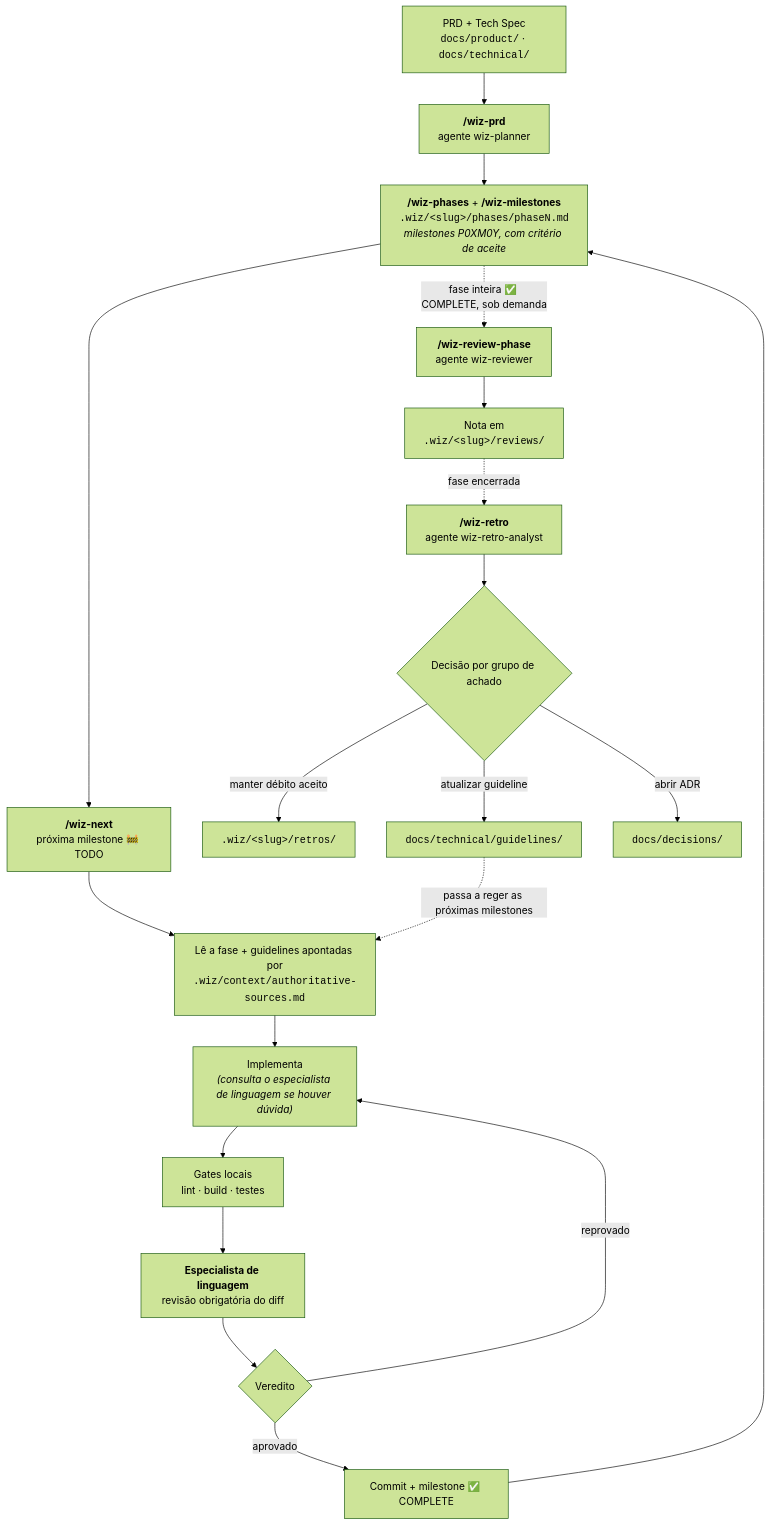
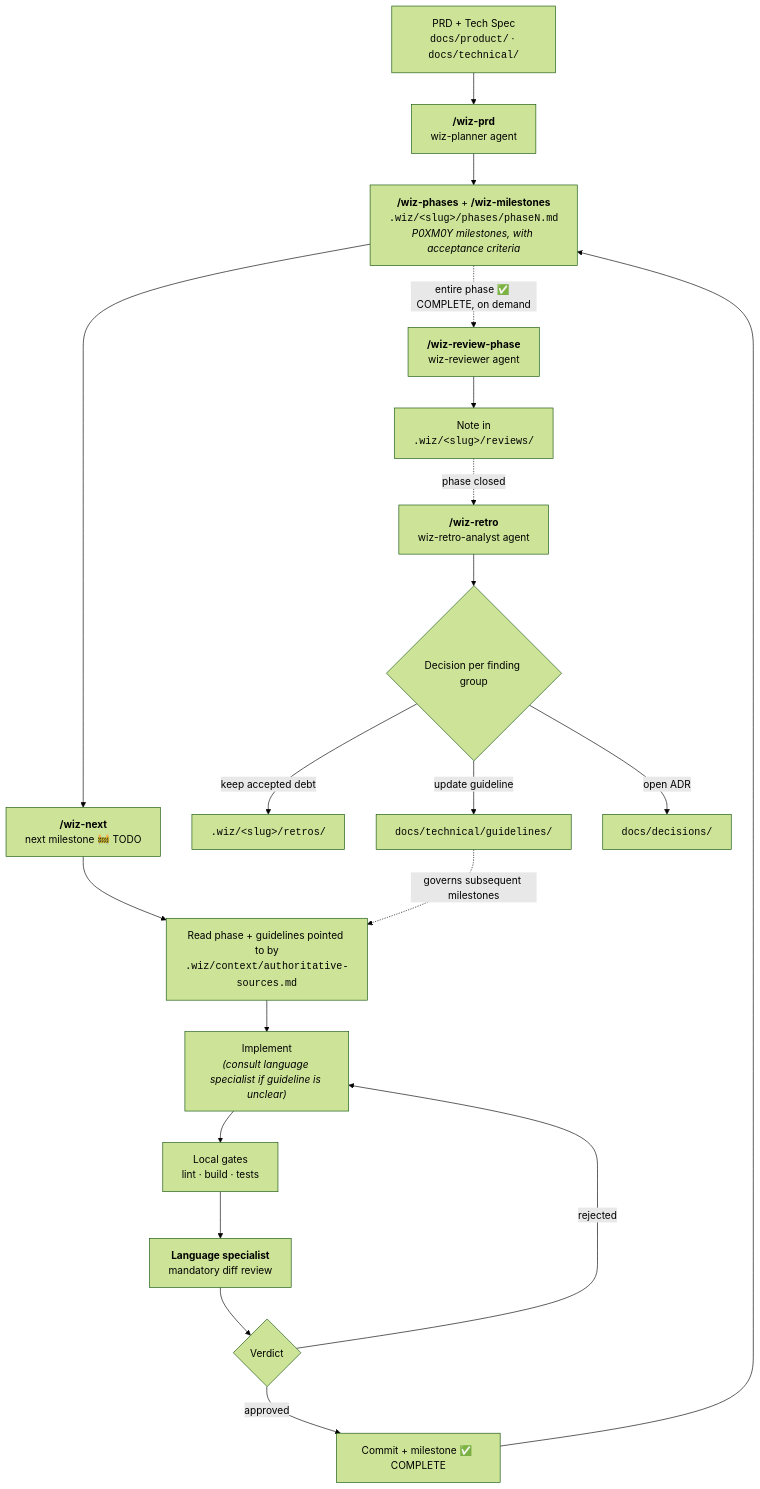
Before and after one commit to FerrariMartini/pflow: the diagram in CONTRIBUTING.md, drawn with Mermaid (forest theme). The commit also changed other lines of this file and 41 other files, not shown here.

````diff
--- a/CONTRIBUTING.md
+++ b/CONTRIBUTING.md
@@ -21,22 +21,22 @@
 ```mermaid
 flowchart TD
-    A["PRD + Tech Spec<br/><code>docs/product/</code> · <code>docs/technical/</code>"] --> B["<b>/wiz-prd</b><br/>agente wiz-planner"]
-    B --> C["<b>/wiz-phases</b> + <b>/wiz-milestones</b><br/><code>.wiz/&lt;slug&gt;/phases/phaseN.md</code><br/><i>milestones P0XM0Y, com critério de aceite</i>"]
-    C --> D["<b>/wiz-next</b><br/>próxima milestone 🚧 TODO"]
-    D --> E["Lê a fase + guidelines apontadas por<br/><code>.wiz/context/authoritative-sources.md</code>"]
-    E --> F["Implementa<br/><i>(consulta o especialista de linguagem se houver dúvida)</i>"]
-    F --> G["Gates locais<br/>lint · build · testes"]
-    G --> H["<b>Especialista de linguagem</b><br/>revisão obrigatória do diff"]
-    H --> I{Veredito}
-    I -->|reprovado| F
-    I -->|aprovado| J["Commit + milestone ✅ COMPLETE"]
+    A["PRD + Tech Spec<br/><code>docs/product/</code> · <code>docs/technical/</code>"] --> B["<b>/wiz-prd</b><br/>wiz-planner agent"]
+    B --> C["<b>/wiz-phases</b> + <b>/wiz-milestones</b><br/><code>.wiz/&lt;slug&gt;/phases/phaseN.md</code><br/><i>P0XM0Y milestones, with acceptance criteria</i>"]
+    C --> D["<b>/wiz-next</b><br/>next milestone 🚧 TODO"]
+    D --> E["Read phase + guidelines pointed to by<br/><code>.wiz/context/authoritative-sources.md</code>"]
+    E --> F["Implement<br/><i>(consult language specialist if guideline is unclear)</i>"]
+    F --> G["Local gates<br/>lint · build · tests"]
+    G --> H["<b>Language specialist</b><br/>mandatory diff review"]
+    H --> I{Verdict}
+    I -->|rejected| F
+    I -->|approved| J["Commit + milestone ✅ COMPLETE"]
     J --> C
-    C -.->|fase inteira ✅ COMPLETE, sob demanda| K["<b>/wiz-review-phase</b><br/>agente wiz-reviewer"]
-    K --> L["Nota em<br/><code>.wiz/&lt;slug&gt;/reviews/</code>"]
-    L -.->|fase encerrada| M["<b>/wiz-retro</b><br/>agente wiz-retro-analyst"]
-    M --> N{Decisão por grupo de achado}
-    N -->|manter débito aceito| O["<code>.wiz/&lt;slug&gt;/retros/</code>"]
-    N -->|atualizar guideline| P["<code>docs/technical/guidelines/</code>"]
-    N -->|abrir ADR| Q["<code>docs/decisions/</code>"]
-    P -.->|passa a reger as próximas milestones| E
+    C -.->|entire phase ✅ COMPLETE, on demand| K["<b>/wiz-review-phase</b><br/>wiz-reviewer agent"]
+    K --> L["Note in<br/><code>.wiz/&lt;slug&gt;/reviews/</code>"]
+    L -.->|phase closed| M["<b>/wiz-retro</b><br/>wiz-retro-analyst agent"]
+    M --> N{Decision per finding group}
+    N -->|keep accepted debt| O["<code>.wiz/&lt;slug&gt;/retros/</code>"]
+    N -->|update guideline| P["<code>docs/technical/guidelines/</code>"]
+    N -->|open ADR| Q["<code>docs/decisions/</code>"]
+    P -.->|governs subsequent milestones| E
 ```
````
